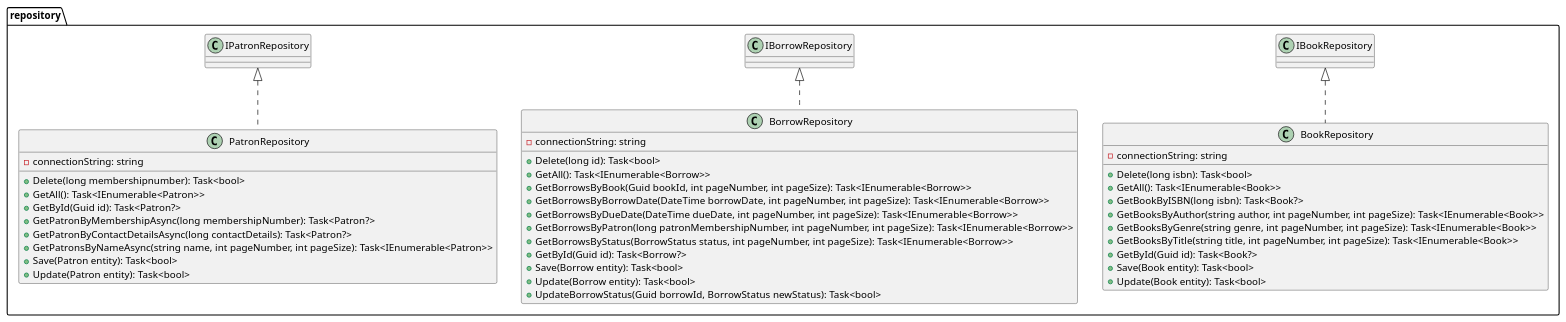
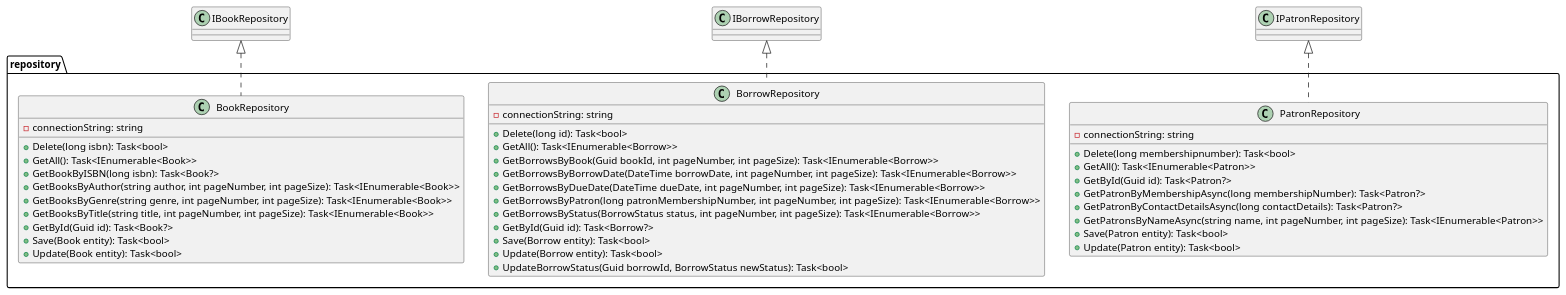
One commit to programacion-6/Opcion1LosBorbotones changed the diagram in system-design/class-diagram/infraestructure/repository.puml. Above: the diagram before and after it, drawn with PlantUML. The commit also changed 10 other files, not shown here.

```diff
--- a/system-design/class-diagram/infraestructure/repository.puml
+++ b/system-design/class-diagram/infraestructure/repository.puml
@@ -1,48 +1,46 @@
 @startuml
 package repository {
-
     class BookRepository {
         - connectionString: string
         + Delete(long isbn): Task<bool>
         + GetAll(): Task<IEnumerable<Book>>
         + GetBookByISBN(long isbn): Task<Book?>
         + GetBooksByAuthor(string author, int pageNumber, int pageSize): Task<IEnumerable<Book>>
         + GetBooksByGenre(string genre, int pageNumber, int pageSize): Task<IEnumerable<Book>>
         + GetBooksByTitle(string title, int pageNumber, int pageSize): Task<IEnumerable<Book>>
         + GetById(Guid id): Task<Book?>
         + Save(Book entity): Task<bool>
         + Update(Book entity): Task<bool>
     }
 
     class BorrowRepository {
         - connectionString: string
         + Delete(long id): Task<bool>
         + GetAll(): Task<IEnumerable<Borrow>>
         + GetBorrowsByBook(Guid bookId, int pageNumber, int pageSize): Task<IEnumerable<Borrow>>
         + GetBorrowsByBorrowDate(DateTime borrowDate, int pageNumber, int pageSize): Task<IEnumerable<Borrow>>
         + GetBorrowsByDueDate(DateTime dueDate, int pageNumber, int pageSize): Task<IEnumerable<Borrow>>
         + GetBorrowsByPatron(long patronMembershipNumber, int pageNumber, int pageSize): Task<IEnumerable<Borrow>>
         + GetBorrowsByStatus(BorrowStatus status, int pageNumber, int pageSize): Task<IEnumerable<Borrow>>
         + GetById(Guid id): Task<Borrow?>
         + Save(Borrow entity): Task<bool>
         + Update(Borrow entity): Task<bool>
-        + UpdateBorrowStatus(Guid borrowId, BorrowStatus newStatus): Task<bool> 
+        + UpdateBorrowStatus(Guid borrowId, BorrowStatus newStatus): Task<bool>
     }
 
     class PatronRepository {
         - connectionString: string
         + Delete(long membershipnumber): Task<bool>
         + GetAll(): Task<IEnumerable<Patron>>
         + GetById(Guid id): Task<Patron?>
         + GetPatronByMembershipAsync(long membershipNumber): Task<Patron?>
         + GetPatronByContactDetailsAsync(long contactDetails): Task<Patron?>
         + GetPatronsByNameAsync(string name, int pageNumber, int pageSize): Task<IEnumerable<Patron>>
         + Save(Patron entity): Task<bool>
         + Update(Patron entity): Task<bool>
     }
-
-    IBookRepository <|.. BookRepository
-    IBorrowRepository <|.. BorrowRepository
-    IPatronRepository <|.. PatronRepository
 }
+IBookRepository <|.. BookRepository
+IBorrowRepository <|.. BorrowRepository
+IPatronRepository <|.. PatronRepository
 @enduml
```
